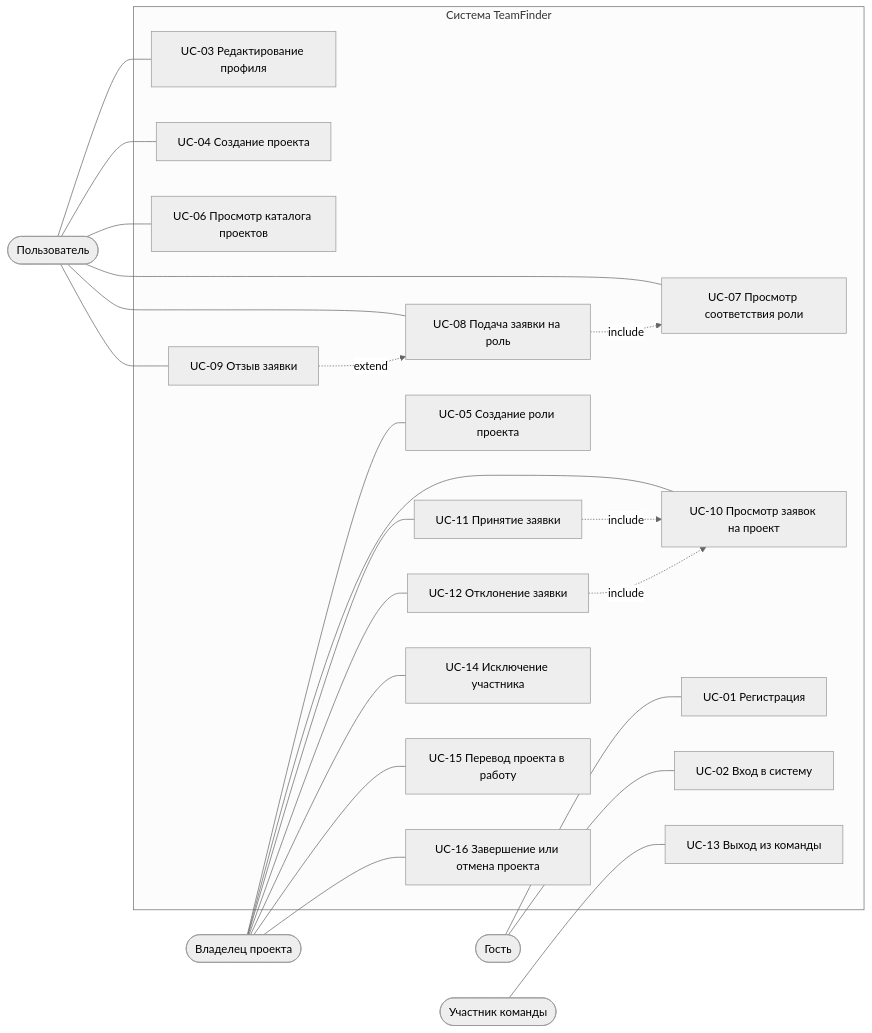
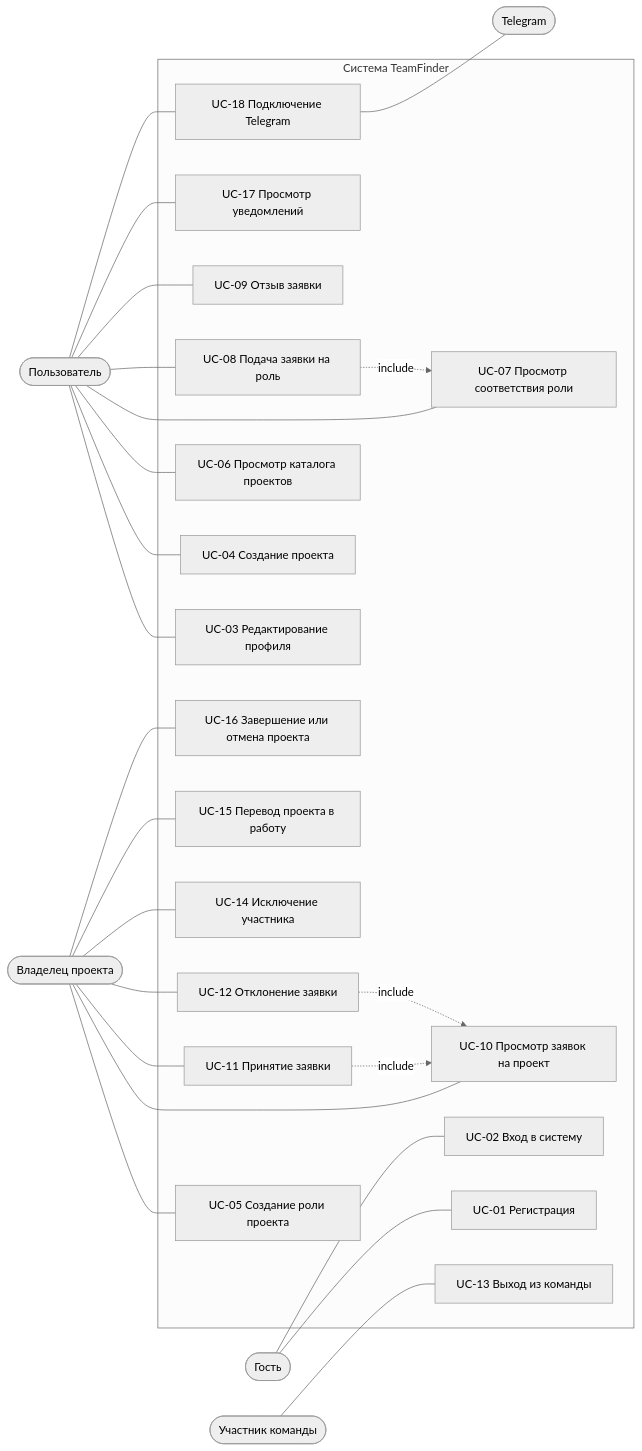
The first of 2 diagrams in use-case-diagram.md (TeamFinderProject/teamfinder-docs), drawn with Mermaid (neutral theme) before and after one commit. The commit also changed other lines of this file and 20 other files, not shown here.

````diff
--- a/use-case-diagram.md
+++ b/use-case-diagram.md
@@ -14,51 +14,57 @@
 ```mermaid
 flowchart LR
     guest(["Гость"])
     user(["Пользователь"])
     owner(["Владелец проекта"])
     member(["Участник команды"])
 
     subgraph TF["Система TeamFinder"]
         UC01["UC-01 Регистрация"]
         UC02["UC-02 Вход в систему"]
         UC03["UC-03 Редактирование профиля"]
         UC04["UC-04 Создание проекта"]
         UC05["UC-05 Создание роли проекта"]
         UC06["UC-06 Просмотр каталога проектов"]
         UC07["UC-07 Просмотр соответствия роли"]
         UC08["UC-08 Подача заявки на роль"]
         UC09["UC-09 Отзыв заявки"]
         UC10["UC-10 Просмотр заявок на проект"]
         UC11["UC-11 Принятие заявки"]
         UC12["UC-12 Отклонение заявки"]
         UC13["UC-13 Выход из команды"]
         UC14["UC-14 Исключение участника"]
         UC15["UC-15 Перевод проекта в работу"]
         UC16["UC-16 Завершение или отмена проекта"]
+        UC17["UC-17 Просмотр уведомлений"]
+        UC18["UC-18 Подключение Telegram"]
     end
+
+    tg(["Telegram"])
 
     guest --- UC01
     guest --- UC02
 
     user --- UC03
     user --- UC04
     user --- UC06
     user --- UC07
     user --- UC08
     user --- UC09
 
     owner --- UC05
     owner --- UC10
     owner --- UC11
     owner --- UC12
     owner --- UC14
     owner --- UC15
     owner --- UC16
 
     member --- UC13
+    user --- UC17
+    user --- UC18
+    UC18 --- tg
 
     UC08 -.->|include| UC07
     UC11 -.->|include| UC10
     UC12 -.->|include| UC10
-    UC09 -.->|extend| UC08
 ```
````
